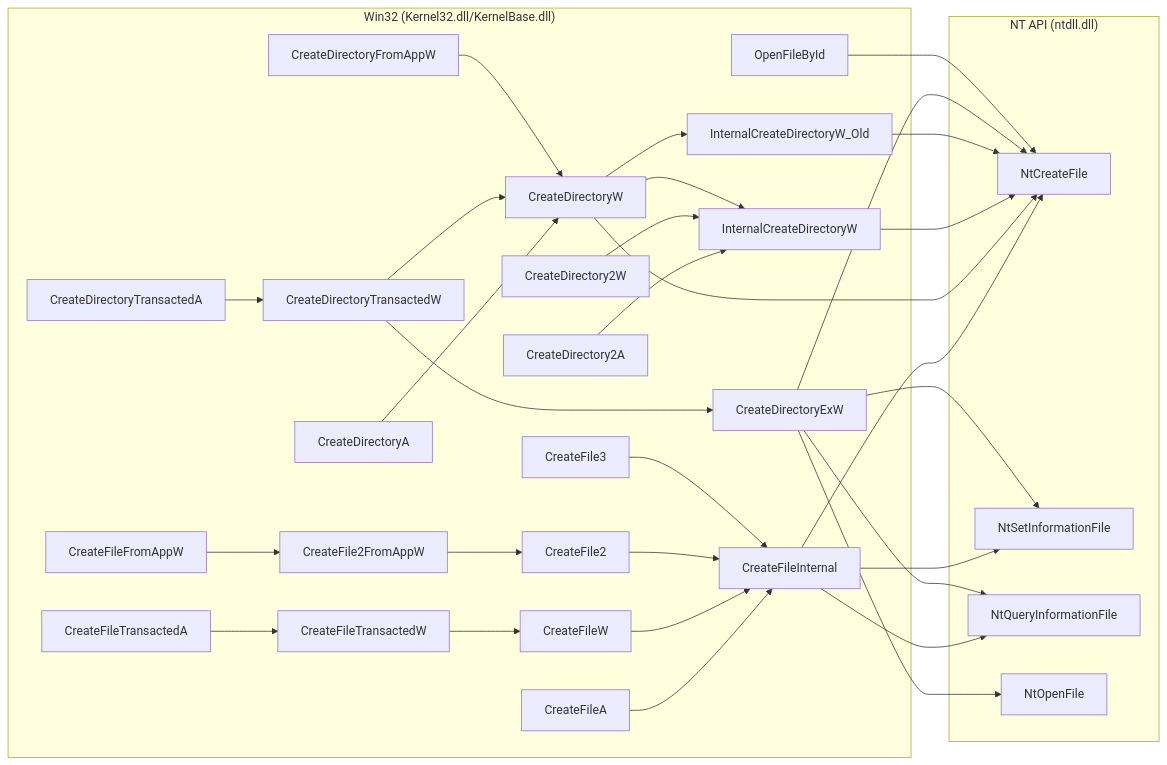
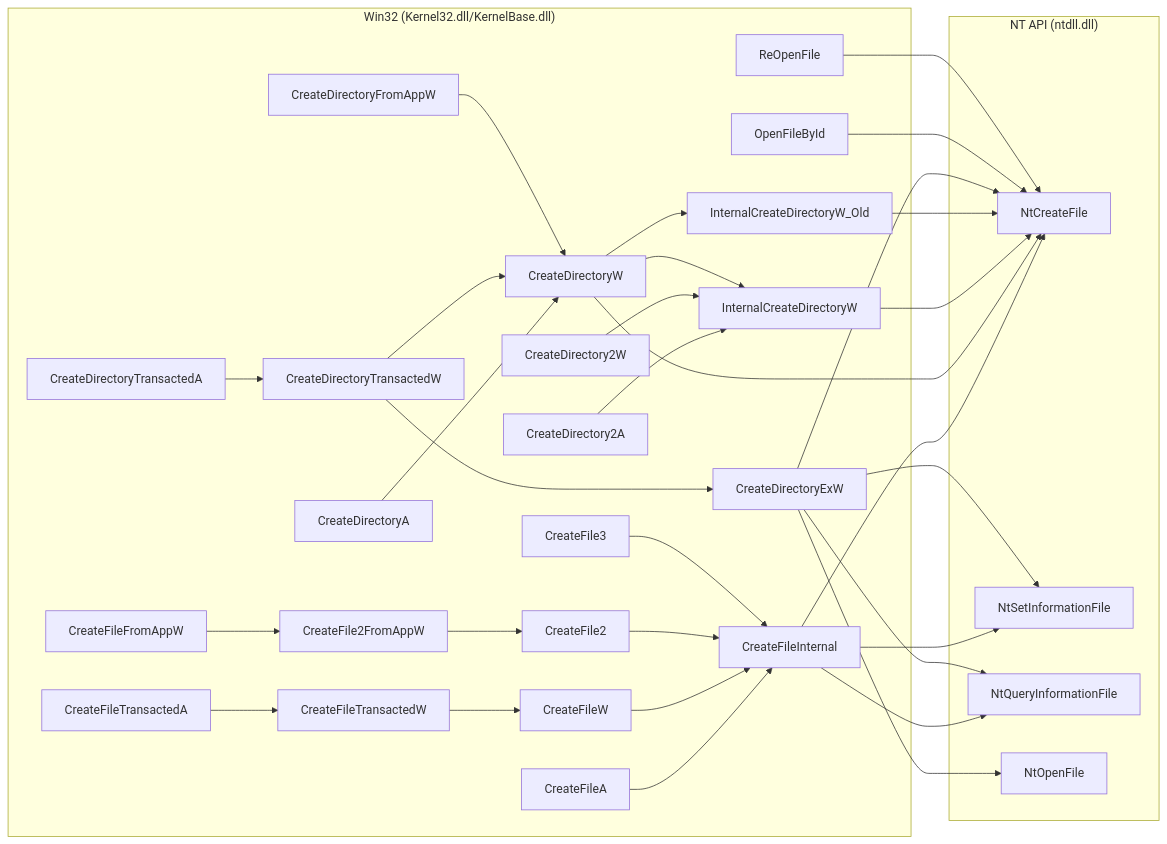
The second of 11 diagrams in docs/index.md (Sewer56/vfs-writeup), drawn with Mermaid before and after one commit. The commit also changed other lines of this file, not shown here.

Commit message:
Added: ReOpenFile

````diff
--- a/docs/index.md
+++ b/docs/index.md
@@ -267,62 +267,64 @@
 ```mermaid
 flowchart LR
     subgraph Win32["Win32 (Kernel32.dll/KernelBase.dll)"]
     CreateDirectory2A
     CreateDirectory2W
     CreateDirectoryA
     CreateDirectoryW
     InternalCreateDirectoryW
     InternalCreateDirectoryW_Old
     CreateFileA
     CreateFileW
     CreateFile2
     CreateFile3
     CreateFileInternal
     CreateFile2FromAppW
     CreateFileFromAppW
     CreateFileTransactedA
     CreateFileTransactedW
     CreateDirectoryExW
     CreateDirectoryFromAppW
     CreateDirectoryTransactedA
     CreateDirectoryTransactedW
     OpenFileById
+    ReOpenFile
 
     CreateDirectory2A --> InternalCreateDirectoryW
     CreateDirectory2W --> InternalCreateDirectoryW
     CreateDirectoryA --> CreateDirectoryW
     CreateDirectoryW --> InternalCreateDirectoryW
     CreateDirectoryW --> InternalCreateDirectoryW_Old
     CreateDirectoryTransactedA --> CreateDirectoryTransactedW
     CreateDirectoryTransactedW --> CreateDirectoryW
     CreateDirectoryTransactedW --> CreateDirectoryExW
     CreateFileA --> CreateFileInternal
     CreateFileW --> CreateFileInternal
     CreateFile2 --> CreateFileInternal
     CreateFile3 --> CreateFileInternal
     CreateFile2FromAppW --> CreateFile2
     CreateFileTransactedA --> CreateFileTransactedW
     CreateFileTransactedW --> CreateFileW
     CreateDirectoryFromAppW --> CreateDirectoryW
     CreateFileFromAppW --> CreateFile2FromAppW
     end
 
     subgraph NT["NT API (ntdll.dll)"]
     NtCreateFile
     NtSetInformationFile
     NtQueryInformationFile
     NtOpenFile
 
     CreateFileInternal --> NtCreateFile
     CreateFileInternal --> NtSetInformationFile
     CreateFileInternal --> NtQueryInformationFile
     CreateDirectoryW --> NtCreateFile
     InternalCreateDirectoryW --> NtCreateFile
     InternalCreateDirectoryW_Old --> NtCreateFile
     CreateDirectoryExW --> NtOpenFile
     CreateDirectoryExW --> NtQueryInformationFile
     CreateDirectoryExW --> NtCreateFile
     CreateDirectoryExW --> NtSetInformationFile
     OpenFileById --> NtCreateFile
+    ReOpenFile --> NtCreateFile
     end
 ```
````
